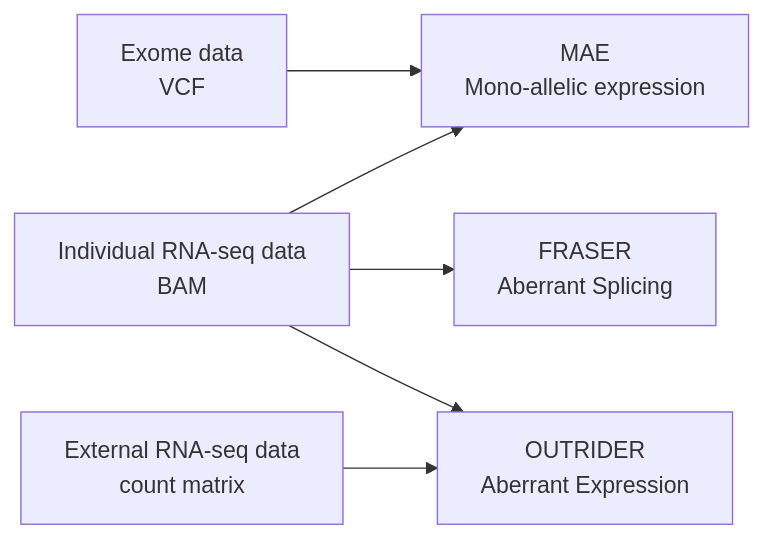
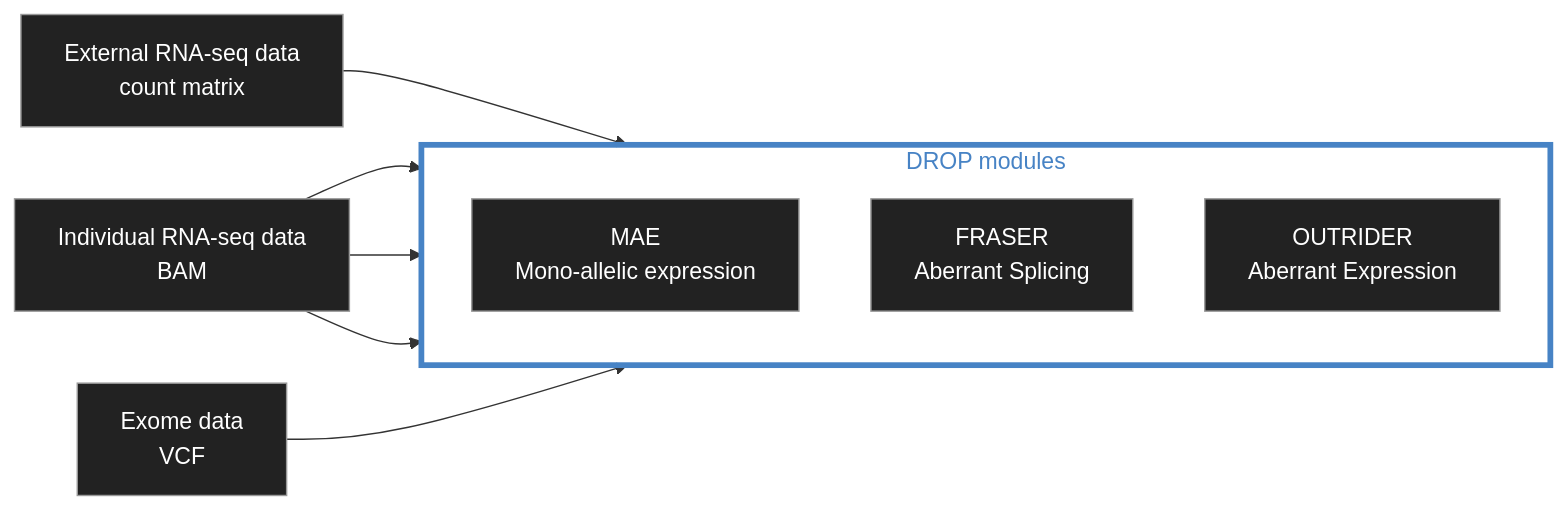
The third of 3 diagrams in README.md (nikolayquadrat/lpb-ex-ome-presession), drawn with Mermaid before and after one commit. The commit also changed other lines of this file and 2 other files, not shown here.

Commit message:
Update marker-based cell type assessment

````diff
--- a/README.md
+++ b/README.md
@@ -553,15 +553,24 @@
 ```mermaid
 flowchart LR
 	E["Exome data\nVCF"]
 	R["Individual RNA-seq data\nBAM"]
 	GTEx["External RNA-seq data\ncount matrix"]
-	OUTRIDER["OUTRIDER\nAberrant Expression"]
-	FRASER["FRASER\nAberrant Splicing"]
-	MAE["MAE\nMono-allelic expression"]
+
+	subgraph BLOCK["DROP modules"]
+        direction TB
+        MAE["MAE<br/>Mono-allelic expression"]
+        FRASER["FRASER<br/>Aberrant Splicing"]
+        OUTRIDER["OUTRIDER<br/>Aberrant Expression"]
+    end
 	
 	R --> OUTRIDER
 	GTEx --> OUTRIDER
 	R --> FRASER
 	R --> MAE
 	E --> MAE
+
+	classDef box fill:#222,stroke:#999,color:#fff;
+    class E,R,GTEx,MAE,FRASER,OUTRIDER box;
+
+    style BLOCK fill:none,stroke:#4783c5ff,stroke-width:4px,color:#4783c5ff;
 ```
````
